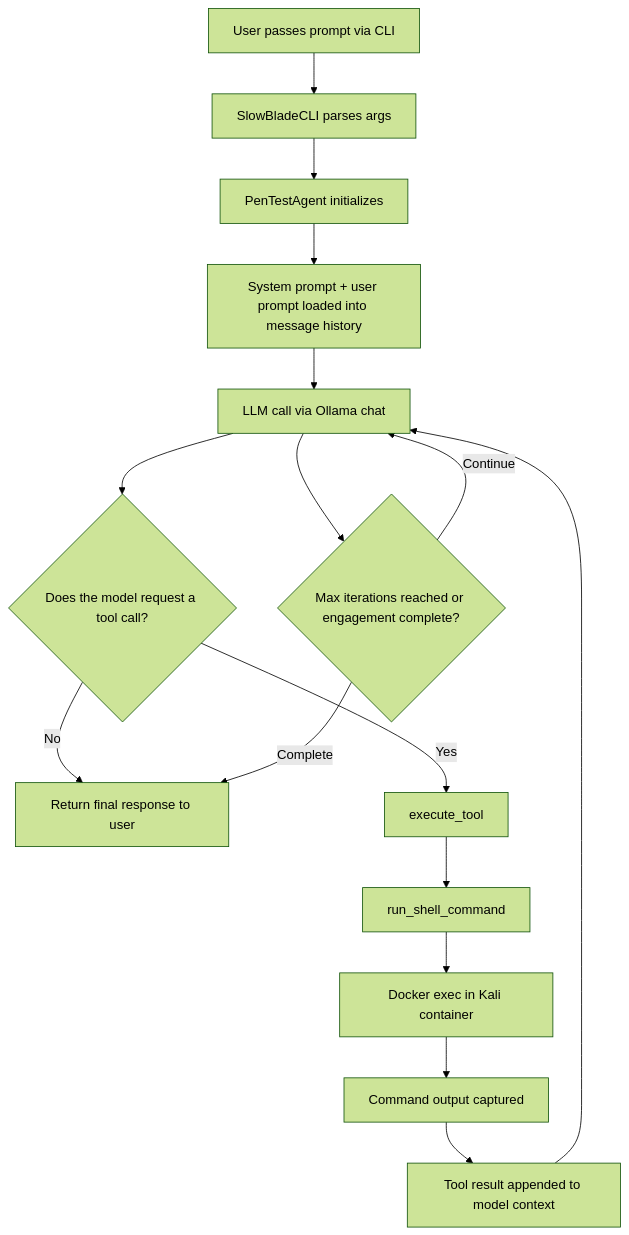
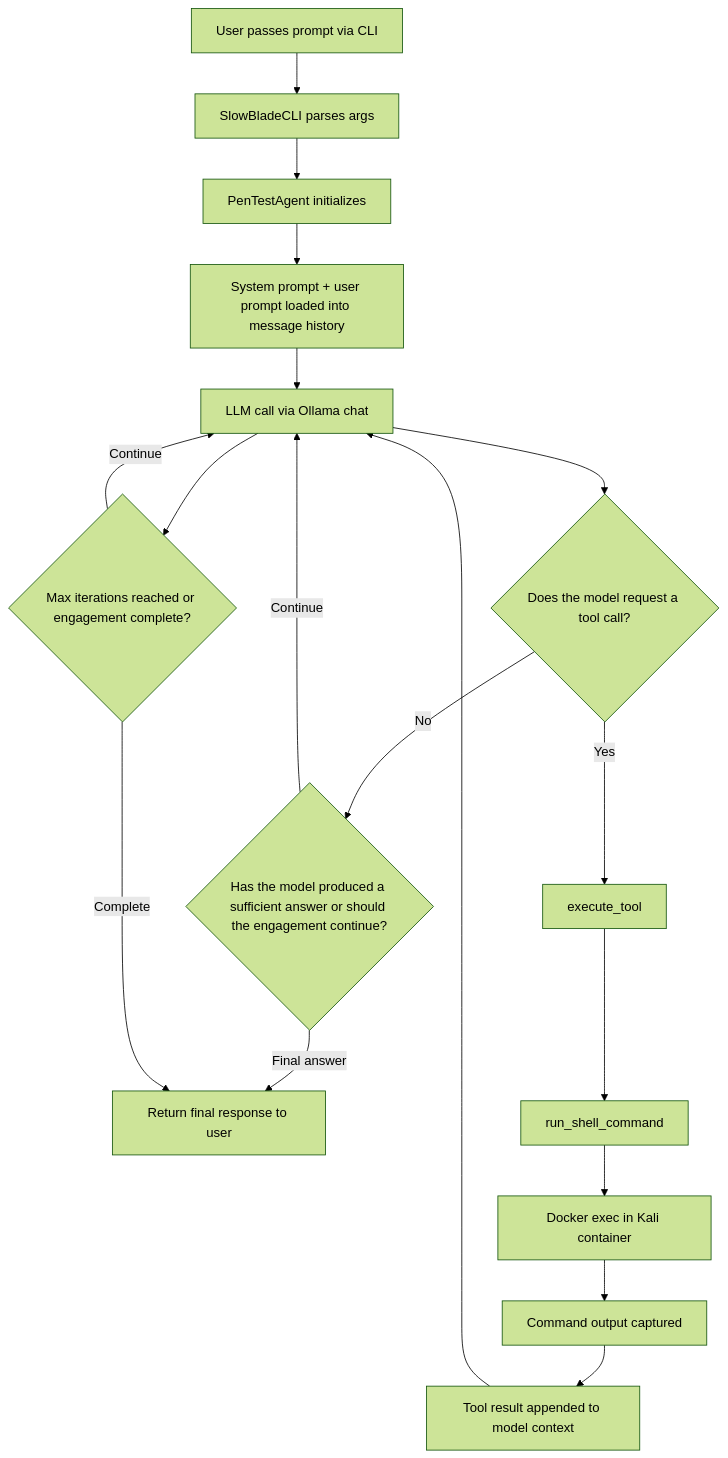
One commit to a3r0id/slow-blade changed the diagram in README.md. Above: the diagram before and after it, drawn with Mermaid (forest theme).

````diff
--- a/README.md
+++ b/README.md
@@ -54,18 +54,20 @@
 ```mermaid
 flowchart TD
     A[User passes prompt via CLI] --> B[SlowBladeCLI parses args]
     B --> C[PenTestAgent initializes]
     C --> D[System prompt + user prompt loaded into message history]
     D --> E[LLM call via Ollama chat]
     E --> F{Does the model request a tool call?}
-    F -- No --> G[Return final response to user]
-    F -- Yes --> H[execute_tool]
-    H --> I[run_shell_command]
-    I --> J[Docker exec in Kali container]
-    J --> K[Command output captured]
-    K --> L[Tool result appended to model context]
-    L --> E
-    E --> M{Max iterations reached or engagement complete?}
-    M -- Complete --> G
-    M -- Continue --> E
+    F -- No --> G{Has the model produced a sufficient answer or should the engagement continue?}
+    G -- Continue --> E
+    G -- Final answer --> H[Return final response to user]
+    F -- Yes --> I[execute_tool]
+    I --> J[run_shell_command]
+    J --> K[Docker exec in Kali container]
+    K --> L[Command output captured]
+    L --> M[Tool result appended to model context]
+    M --> E
+    E --> N{Max iterations reached or engagement complete?}
+    N -- Complete --> H
+    N -- Continue --> E
 ```
````
